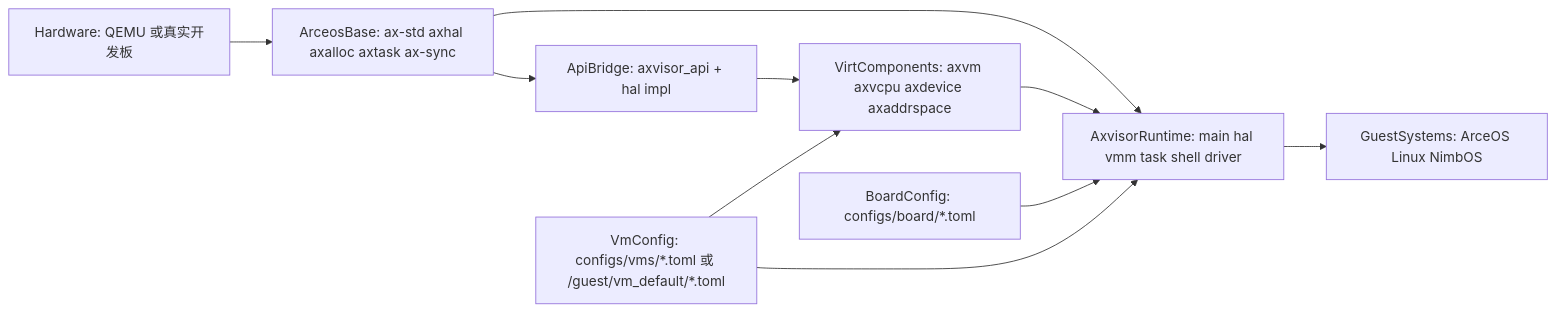
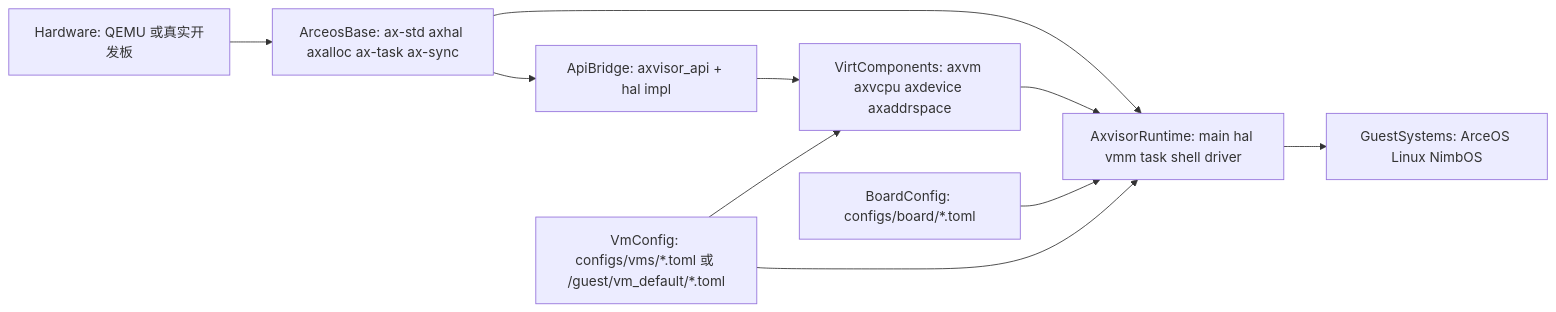
Before and after one commit to zKurisu/tgoskits: the first of 5 diagrams in docs/axvisor-internals.md, drawn with Mermaid. The commit also changed other lines of this file and 133 other files, not shown here.

Commit message:
rename axtask to ax-task

````diff
--- a/docs/axvisor-internals.md
+++ b/docs/axvisor-internals.md
@@ -26,21 +26,21 @@
 ```mermaid
 flowchart LR
     hardware["Hardware: QEMU 或真实开发板"]
-    arceosBase["ArceosBase: ax-std axhal axalloc axtask ax-sync"]
+    arceosBase["ArceosBase: ax-std axhal axalloc ax-task ax-sync"]
     virtComponents["VirtComponents: axvm axvcpu axdevice axaddrspace"]
     apiBridge["ApiBridge: axvisor_api + hal impl"]
     axvisorRuntime["AxvisorRuntime: main hal vmm task shell driver"]
     guestSystems["GuestSystems: ArceOS Linux NimbOS"]
     boardConfig["BoardConfig: configs/board/*.toml"]
     vmConfig["VmConfig: configs/vms/*.toml 或 /guest/vm_default/*.toml"]
 
     hardware --> arceosBase
     arceosBase --> apiBridge
     arceosBase --> axvisorRuntime
     virtComponents --> axvisorRuntime
     apiBridge --> virtComponents
     axvisorRuntime --> guestSystems
     boardConfig --> axvisorRuntime
     vmConfig --> axvisorRuntime
     vmConfig --> virtComponents
 ```
````
